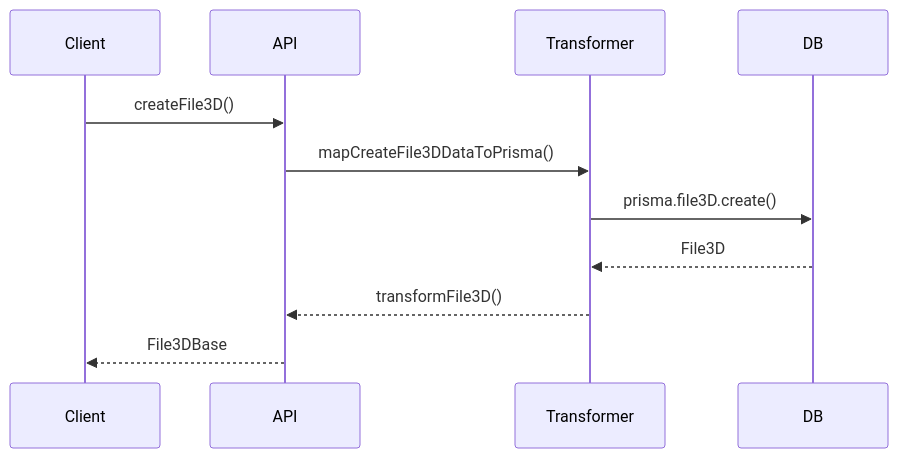
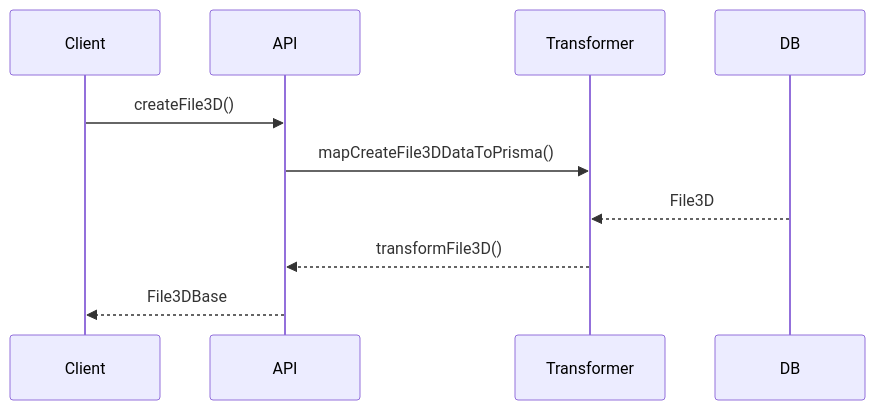
Before and after one commit to gvastethecreator/media-manager: the second of 2 diagrams in src/types/entities/file3d/documentation.md, drawn with Mermaid. The commit also changed 176 other files, not shown here.

````diff
--- a/src/types/entities/file3d/documentation.md
+++ b/src/types/entities/file3d/documentation.md
@@ -52,13 +52,13 @@
 ```mermaid
 sequenceDiagram
     participant Client
     participant API
     participant Transformer
     participant DB
     Client->>API: createFile3D()
     API->>Transformer: mapCreateFile3DDataToPrisma()
-    Transformer->>DB: prisma.file3D.create()
+    
     DB-->>Transformer: File3D
     Transformer-->>API: transformFile3D()
     API-->>Client: File3DBase
 ```
````
